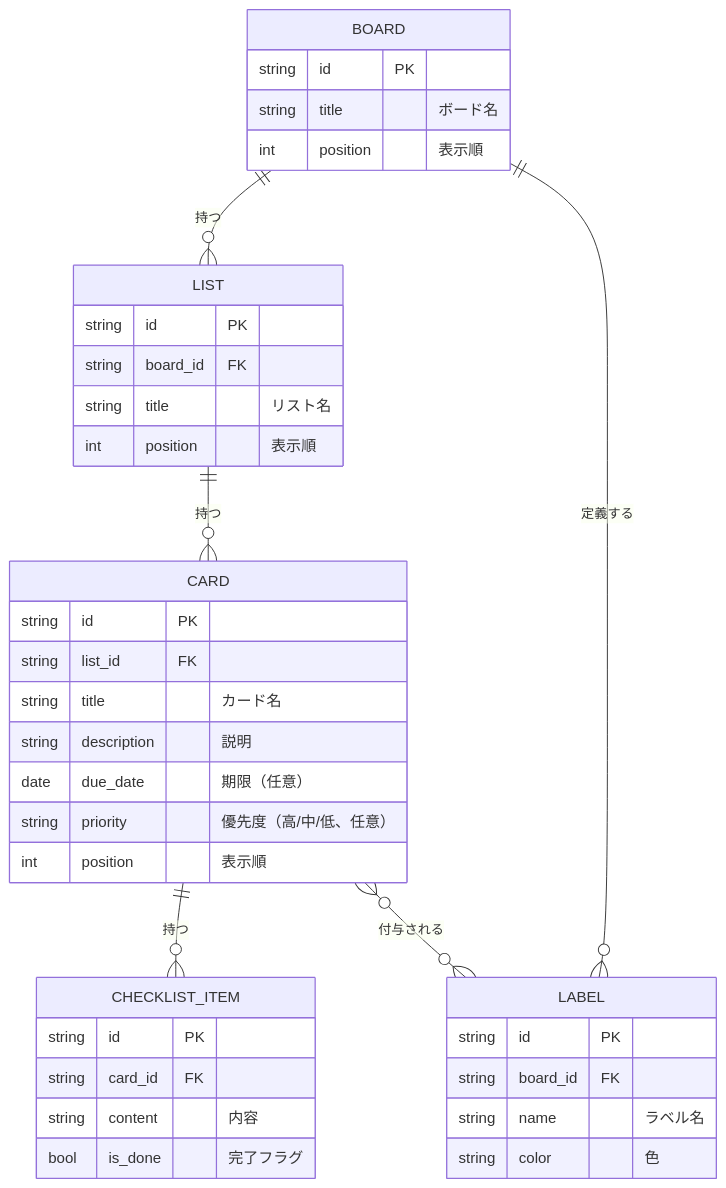
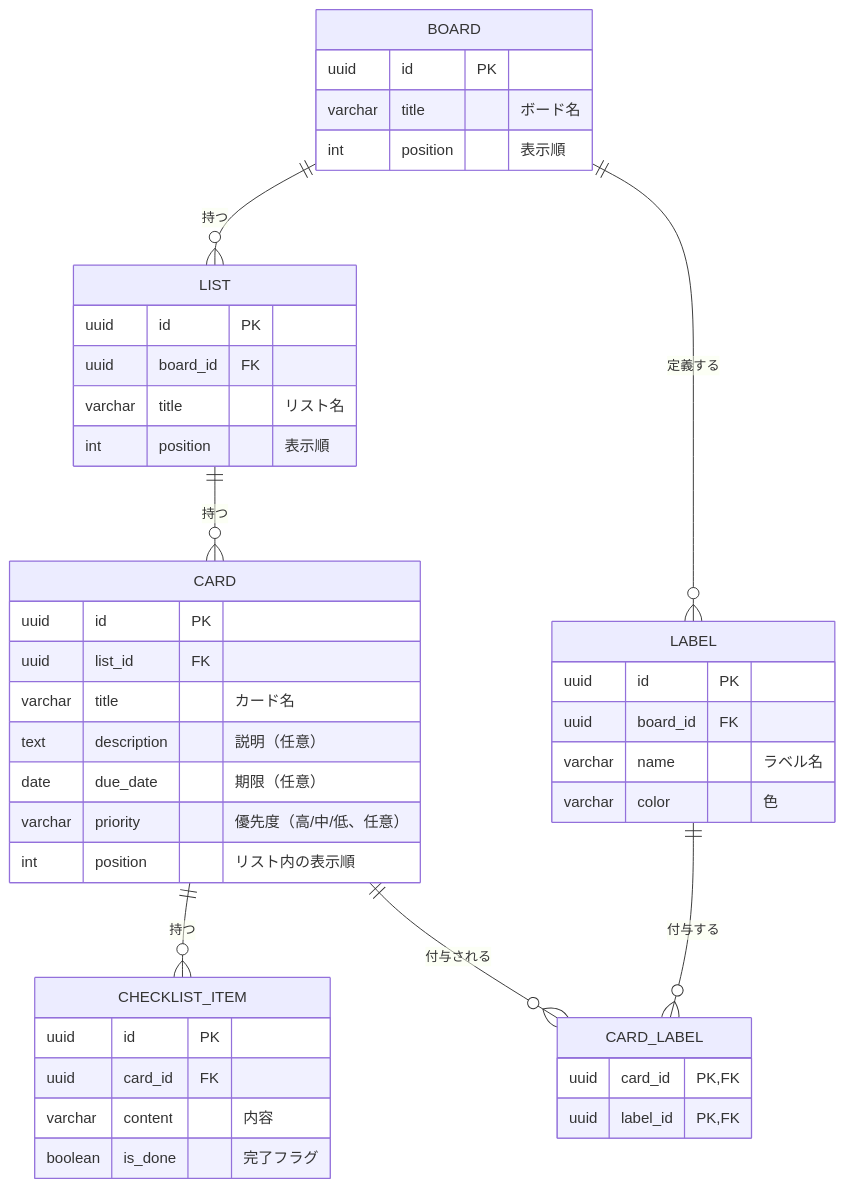
One commit to masato-N918/raisetech_ai changed the diagram in docs/データ設計書.md. Above: the diagram before and after it, drawn with Mermaid. The commit also changed other lines of this file and 5 other files, not shown here.

````diff
--- a/docs/データ設計書.md
+++ b/docs/データ設計書.md
@@ -15,41 +15,46 @@
 ```mermaid
 erDiagram
     BOARD ||--o{ LIST : "持つ"
     BOARD ||--o{ LABEL : "定義する"
     LIST  ||--o{ CARD : "持つ"
     CARD  ||--o{ CHECKLIST_ITEM : "持つ"
-    CARD  }o--o{ LABEL : "付与される"
+    CARD  ||--o{ CARD_LABEL : "付与される"
+    LABEL ||--o{ CARD_LABEL : "付与する"
 
     BOARD {
-        string id PK
-        string title "ボード名"
-        int    position "表示順"
+        uuid    id PK
+        varchar title "ボード名"
+        int     position "表示順"
     }
     LIST {
-        string id PK
-        string board_id FK
-        string title "リスト名"
-        int    position "表示順"
+        uuid    id PK
+        uuid    board_id FK
+        varchar title "リスト名"
+        int     position "表示順"
     }
     CARD {
-        string id PK
-        string list_id FK
-        string title "カード名"
-        string description "説明"
-        date   due_date "期限（任意）"
-        string priority "優先度（高/中/低、任意）"
-        int    position "表示順"
+        uuid    id PK
+        uuid    list_id FK
+        varchar title "カード名"
+        text    description "説明（任意）"
+        date    due_date "期限（任意）"
+        varchar priority "優先度（高/中/低、任意）"
+        int     position "リスト内の表示順"
+    }
+    CHECKLIST_ITEM {
+        uuid    id PK
+        uuid    card_id FK
+        varchar content "内容"
+        boolean is_done "完了フラグ"
     }
     LABEL {
-        string id PK
-        string board_id FK
-        string name "ラベル名"
-        string color "色"
+        uuid    id PK
+        uuid    board_id FK
+        varchar name "ラベル名"
+        varchar color "色"
     }
-    CHECKLIST_ITEM {
-        string id PK
-        string card_id FK
-        string content "内容"
-        bool   is_done "完了フラグ"
+    CARD_LABEL {
+        uuid card_id PK, FK
+        uuid label_id PK, FK
     }
 ```
````
